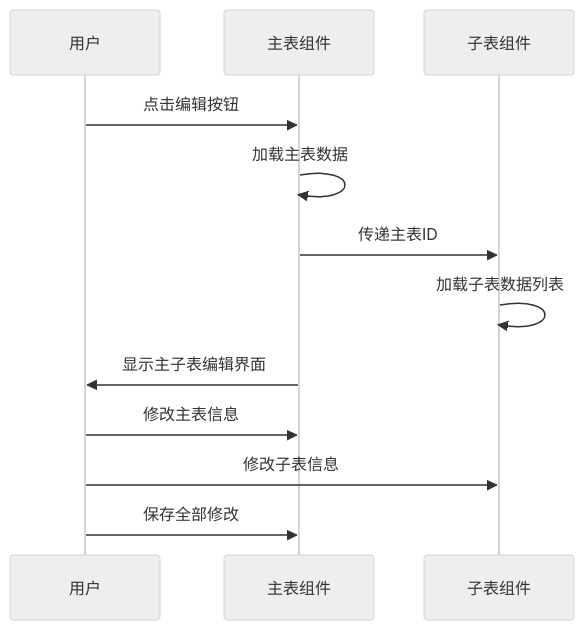
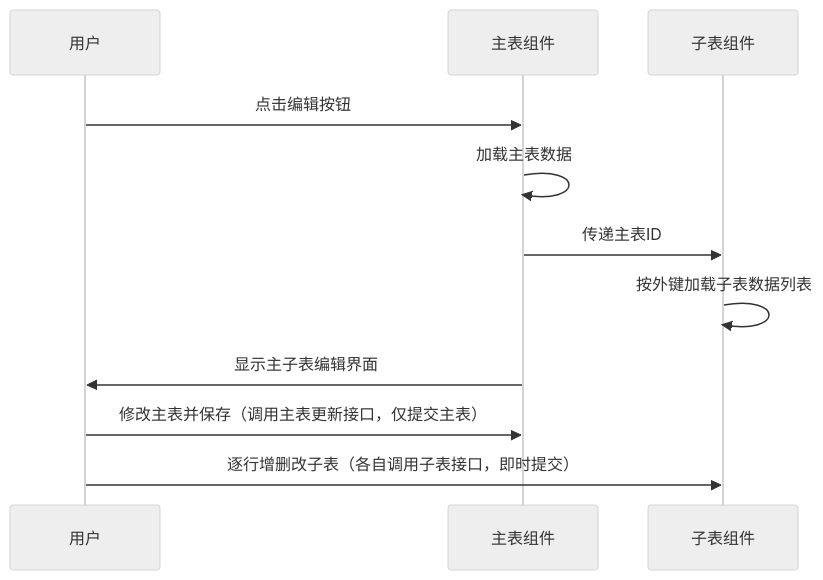
One commit to bkywksj/ruoyi-plus-uniapp-docs changed the second of 2 diagrams in docs/backend/modules/generator/template-types.md. Above: the diagram before and after it, drawn with Mermaid (neutral theme). The commit also changed other lines of this file and 172 other files, not shown here.

````diff
--- a/docs/backend/modules/generator/template-types.md
+++ b/docs/backend/modules/generator/template-types.md
@@ -612,15 +647,14 @@
 ```mermaid
 sequenceDiagram
     participant U as 用户
     participant M as 主表组件  
     participant S as 子表组件
     
     U->>M: 点击编辑按钮
     M->>M: 加载主表数据
     M->>S: 传递主表ID
-    S->>S: 加载子表数据列表
+    S->>S: 按外键加载子表数据列表
     M->>U: 显示主子表编辑界面
-    U->>M: 修改主表信息
-    U->>S: 修改子表信息
-    U->>M: 保存全部修改
+    U->>M: 修改主表并保存（调用主表更新接口，仅提交主表）
+    U->>S: 逐行增删改子表（各自调用子表接口，即时提交）
 ```
````
